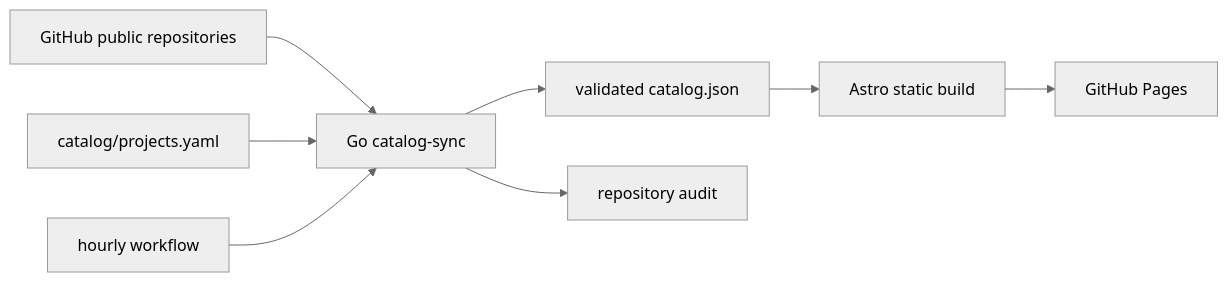
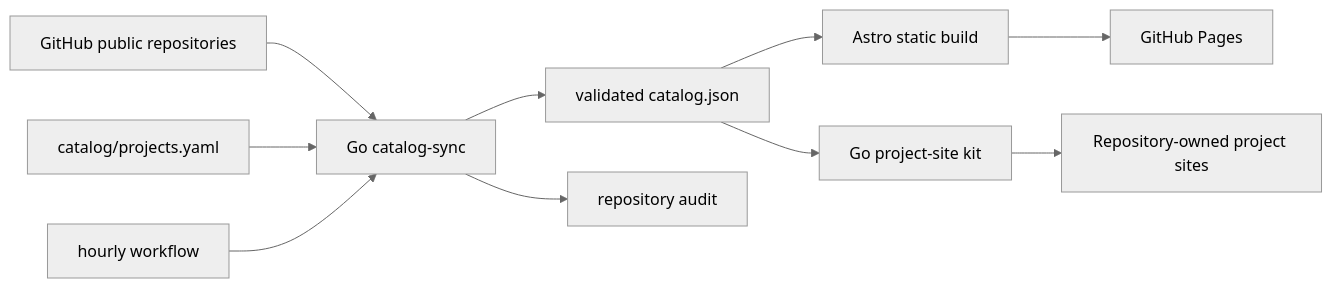
One commit to rekurt/rekurt.github.io changed the diagram in README.md. Above: the diagram before and after it, drawn with Mermaid (neutral theme). The commit also changed other lines of this file and 8 other files, not shown here.

Commit message:
feat(site-kit): publish reusable project pages pipeline

````diff
--- a/README.md
+++ b/README.md
@@ -11,10 +11,12 @@
 ```mermaid
 flowchart LR
   GH[GitHub public repositories] --> SYNC[Go catalog-sync]
   YAML[catalog/projects.yaml] --> SYNC
   SYNC --> JSON[validated catalog.json]
   SYNC --> AUDIT[repository audit]
   JSON --> ASTRO[Astro static build]
   ASTRO --> PAGES[GitHub Pages]
+  JSON --> KIT[Go project-site kit]
+  KIT --> CHILD[Repository-owned project sites]
   CRON[hourly workflow] --> SYNC
 ```
````
